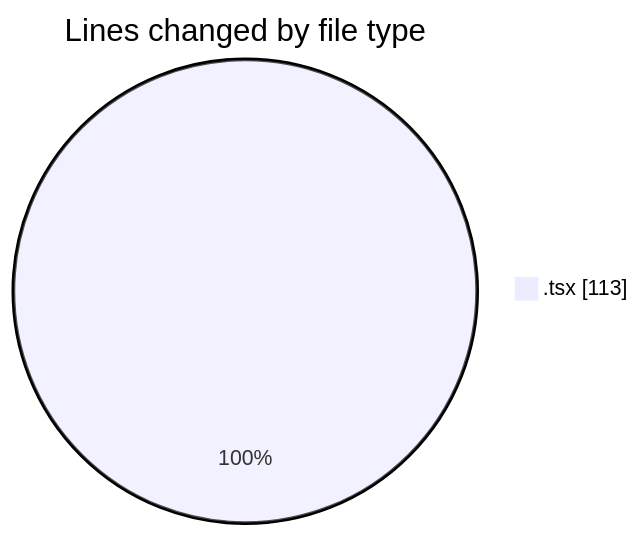
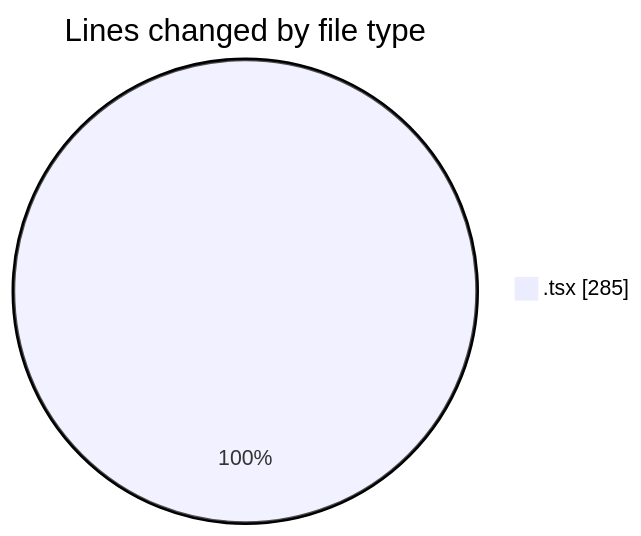
Before and after one commit to nxtqubesakshisongat/code-tracking: the first of 2 diagrams in 2026-04-06/airfeed-analytics-dashboard/README.md, drawn with Mermaid. The commit also changed other lines of this file and 1 other file, not shown here.

````diff
--- a/2026-04-06/airfeed-analytics-dashboard/README.md
+++ b/2026-04-06/airfeed-analytics-dashboard/README.md
@@ -23,5 +23,5 @@
 ```mermaid
 pie showData
 title Lines changed by file type
-".tsx" : 113
+".tsx" : 285
 ```
````
